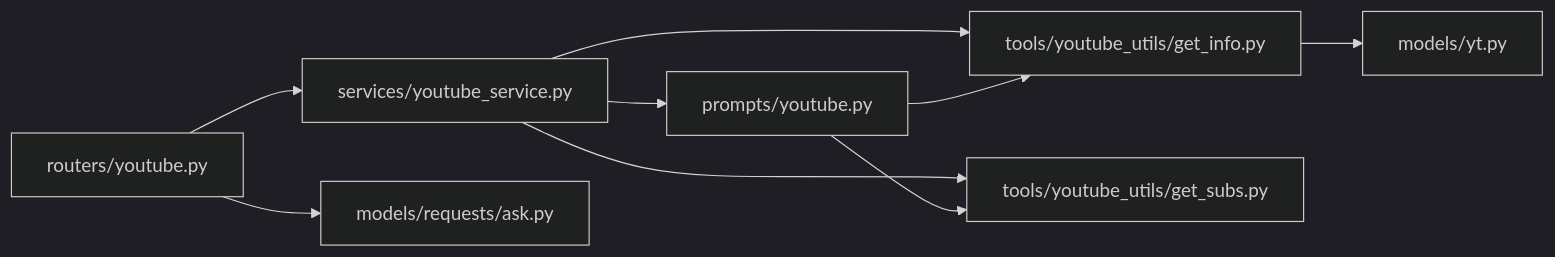
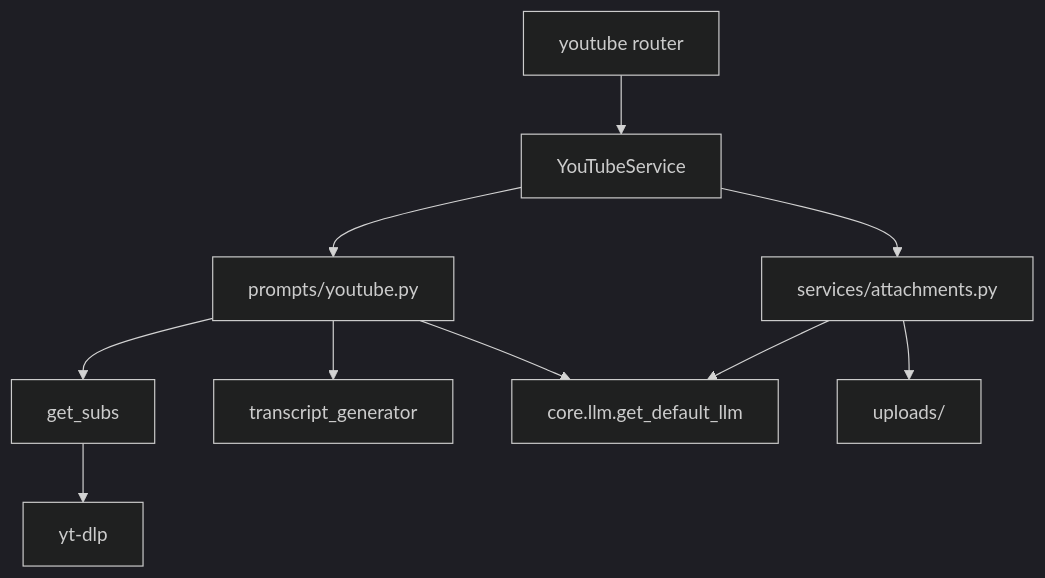
Before and after one commit to tashifkhan/tashif.codes: the fifth of 5 diagrams in src/data/docs/agentic-browser/API Server/YouTube Integration API.md, drawn with Mermaid (dark theme). The commit also changed other lines of this file and 114 other files, not shown here.

````diff
--- a/src/data/docs/agentic-browser/API Server/YouTube Integration API.md
+++ b/src/data/docs/agentic-browser/API Server/YouTube Integration API.md
@@ -233,11 +156,12 @@
 ```mermaid
-graph LR
-R["routers/youtube.py"] --> S["services/youtube_service.py"]
-S --> P["prompts/youtube.py"]
-S --> TI["tools/youtube_utils/get_info.py"]
-S --> TS["tools/youtube_utils/get_subs.py"]
-P --> TS
-P --> TI
-TI --> M["models/yt.py"]
-R --> MR["models/requests/ask.py"]
+graph TB
+  YT["youtube router"] --> YS["YouTubeService"]
+  YS --> PY["prompts/youtube.py"]
+  PY --> SUB["get_subs"]
+  PY --> TR["transcript_generator"]
+  PY --> LLM["core.llm.get_default_llm"]
+  YS --> ATT["services/attachments.py"]
+  SUB --> YDL["yt-dlp"]
+  ATT --> UP["uploads/"]
+  ATT --> LLM
 ```
````
